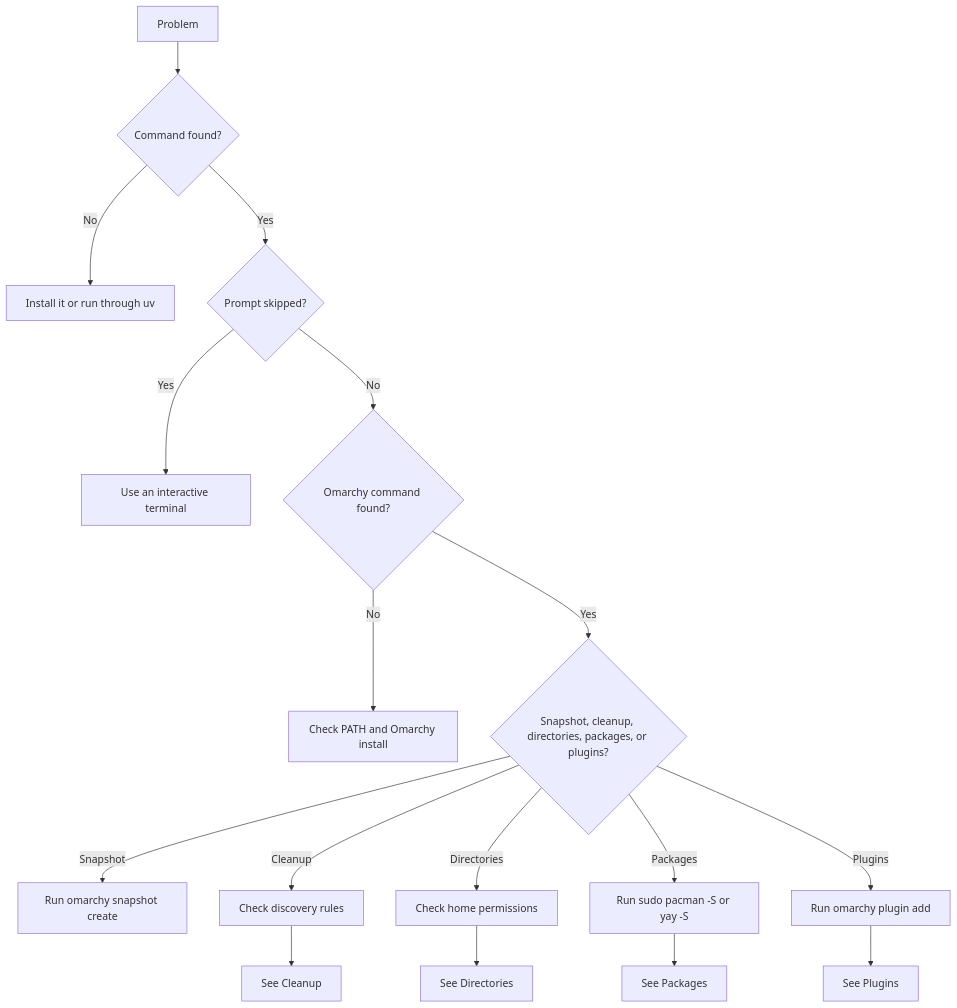
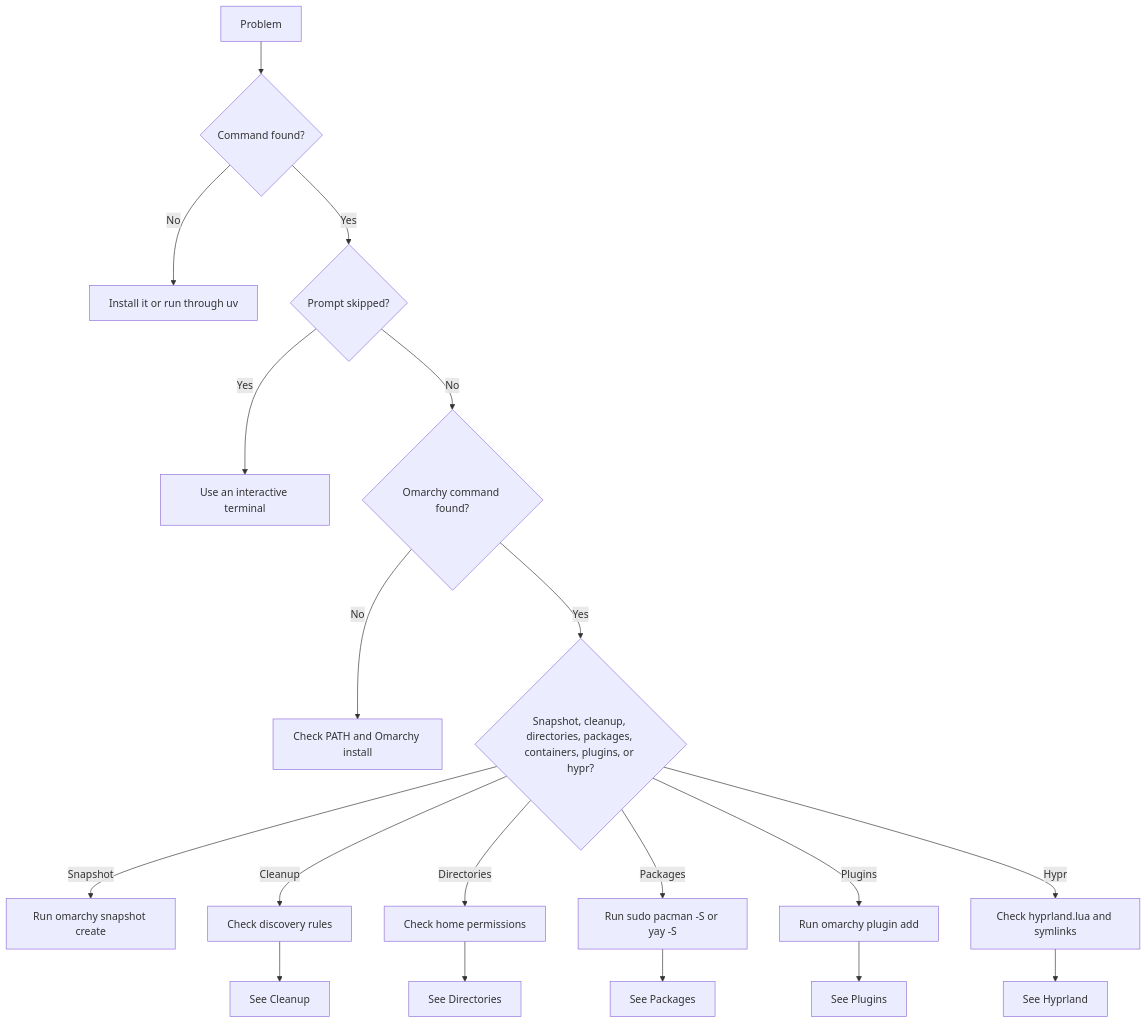
Before and after one commit to Armoghans-Organization/Omarchy-Tweaker: the first of 2 diagrams in docs/troubleshooting.md, drawn with Mermaid. The commit also changed other lines of this file and 20 other files, not shown here.

````diff
--- a/docs/troubleshooting.md
+++ b/docs/troubleshooting.md
@@ -12,19 +12,21 @@
 ```mermaid
 flowchart TD
     A[Problem] --> B{Command found?}
     B -- No --> C[Install it or run through uv]
     B -- Yes --> D{Prompt skipped?}
     D -- Yes --> E[Use an interactive terminal]
     D -- No --> F{Omarchy command found?}
     F -- No --> G[Check PATH and Omarchy install]
-    F -- Yes --> H{Snapshot, cleanup, directories, packages, or plugins?}
+    F -- Yes --> H{Snapshot, cleanup, directories, packages, containers, plugins, or hypr?}
     H -- Snapshot --> I[Run omarchy snapshot create]
     H -- Cleanup --> J[Check discovery rules]
     J --> K[See Cleanup]
     H -- Directories --> L[Check home permissions]
     L --> M[See Directories]
     H -- Packages --> N[Run sudo pacman -S or yay -S]
     N --> O[See Packages]
     H -- Plugins --> P[Run omarchy plugin add]
     P --> Q[See Plugins]
+    H -- Hypr --> R[Check hyprland.lua and symlinks]
+    R --> S[See Hyprland]
 ```
````
